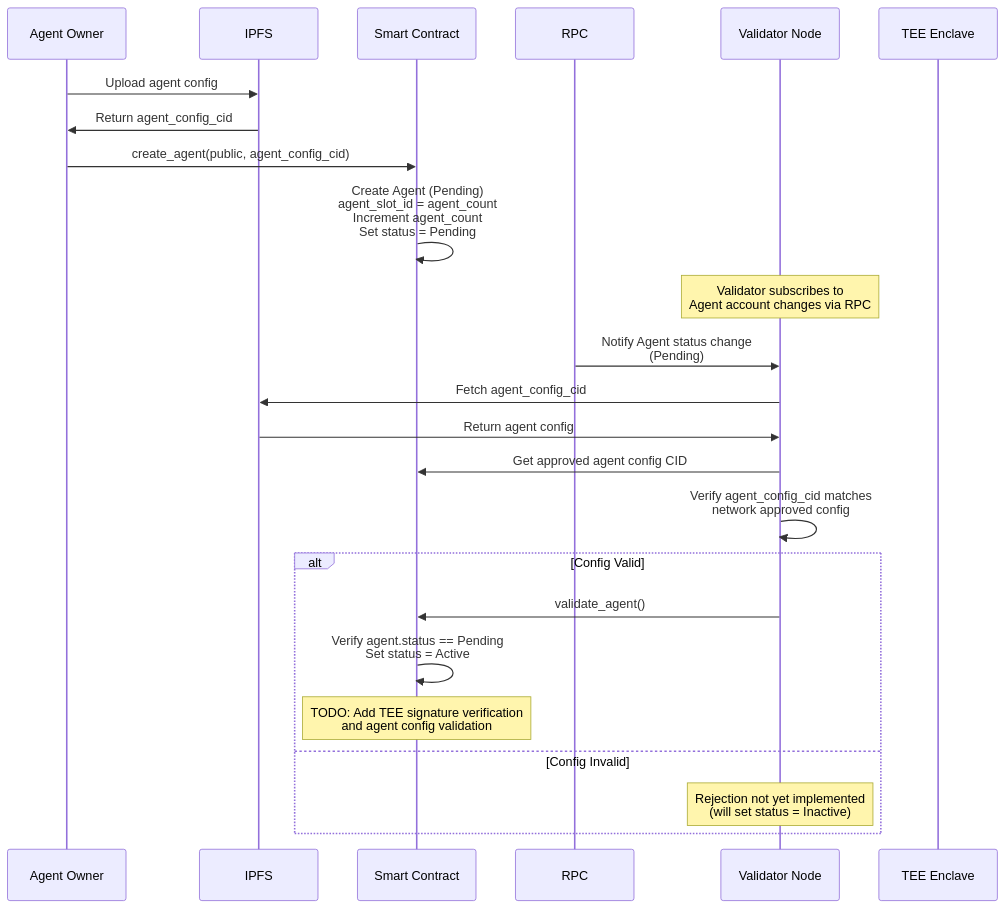
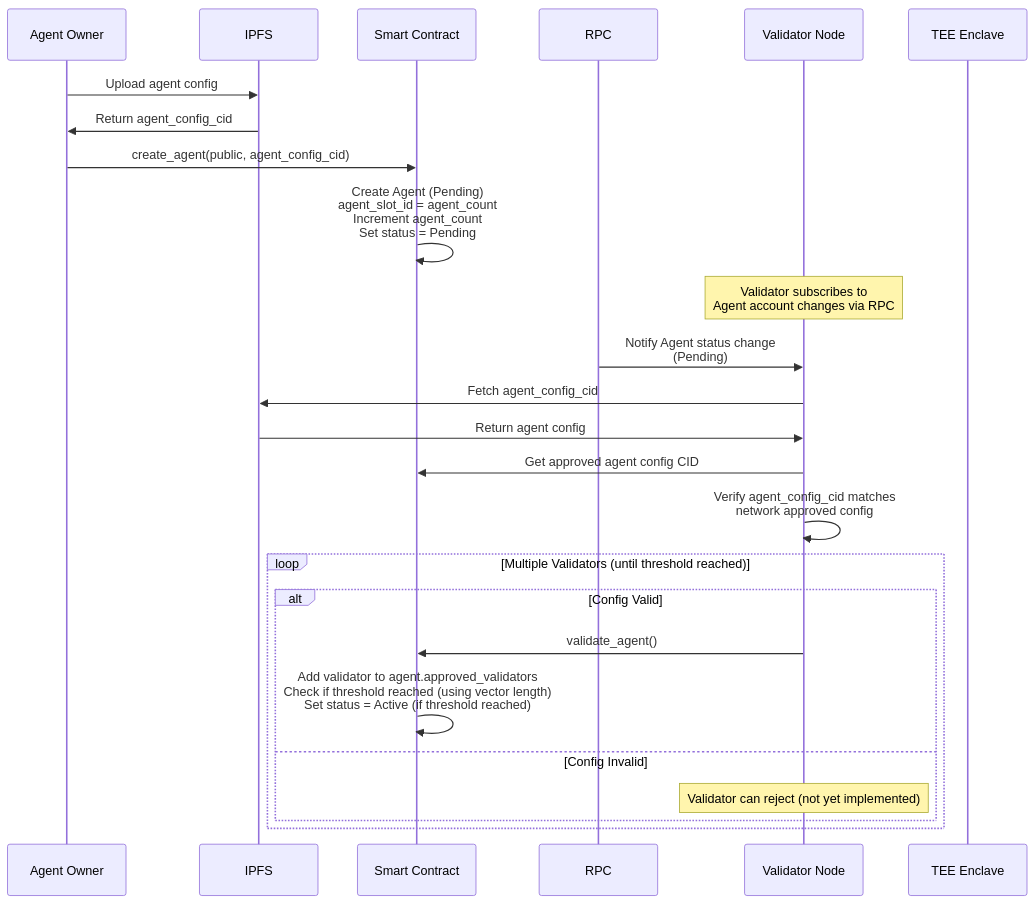
The sixth of 13 diagrams in docs/design.md (JorgeCosta87/decentralized-autonomous-computing), drawn with Mermaid before and after one commit. The commit also changed other lines of this file and 1 other file, not shown here.

````diff
--- a/docs/design.md
+++ b/docs/design.md
@@ -307,31 +341,32 @@
 ```mermaid
 sequenceDiagram
     participant Owner as Agent Owner
     participant IPFS as IPFS
     participant DAC as Smart Contract
     participant RPC as RPC
     participant VN as Validator Node
     participant TEE as TEE Enclave
     
     Owner->>IPFS: Upload agent config
     IPFS->>Owner: Return agent_config_cid
     
     Owner->>DAC: create_agent(public, agent_config_cid)
     DAC->>DAC: Create Agent (Pending)<br/>agent_slot_id = agent_count<br/>Increment agent_count<br/>Set status = Pending
     
     Note over VN: Validator subscribes to<br/>Agent account changes via RPC
     
     RPC->>VN: Notify Agent status change<br/>(Pending)
     VN->>IPFS: Fetch agent_config_cid
     IPFS->>VN: Return agent config
     VN->>DAC: Get approved agent config CID
     VN->>VN: Verify agent_config_cid matches<br/>network approved config
     
-    alt Config Valid
-        VN->>DAC: validate_agent()
-        DAC->>DAC: Verify agent.status == Pending<br/>Set status = Active
-        Note over DAC: TODO: Add TEE signature verification<br/>and agent config validation
-    else Config Invalid
-        Note over VN: Rejection not yet implemented<br/>(will set status = Inactive)
+    loop Multiple Validators (until threshold reached)
+        alt Config Valid
+            VN->>DAC: validate_agent()
+            DAC->>DAC: Add validator to agent.approved_validators<br/>Check if threshold reached (using vector length)<br/>Set status = Active (if threshold reached)
+        else Config Invalid
+            Note over VN: Validator can reject (not yet implemented)
+        end
     end
 ```
````
